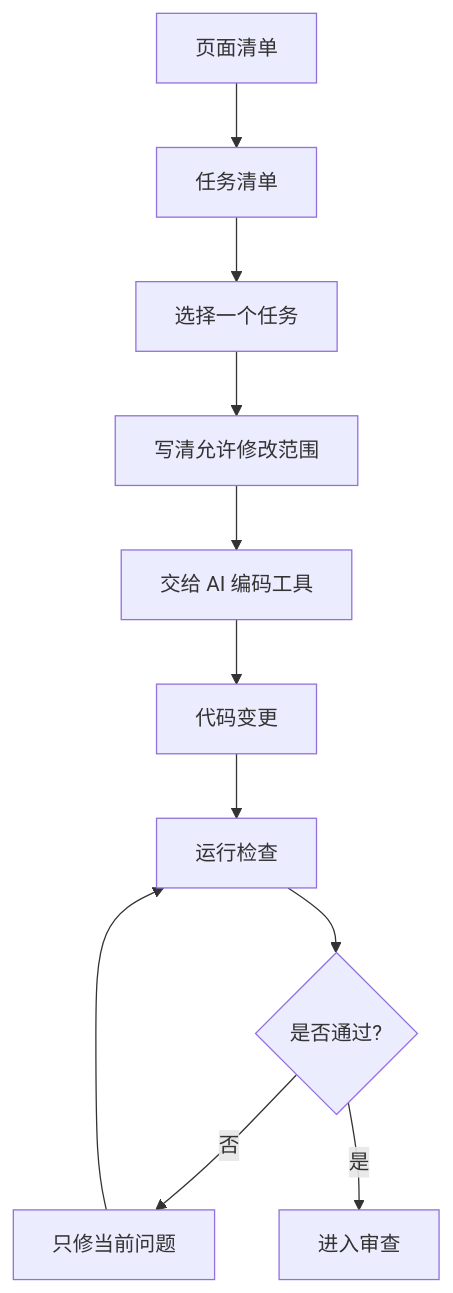
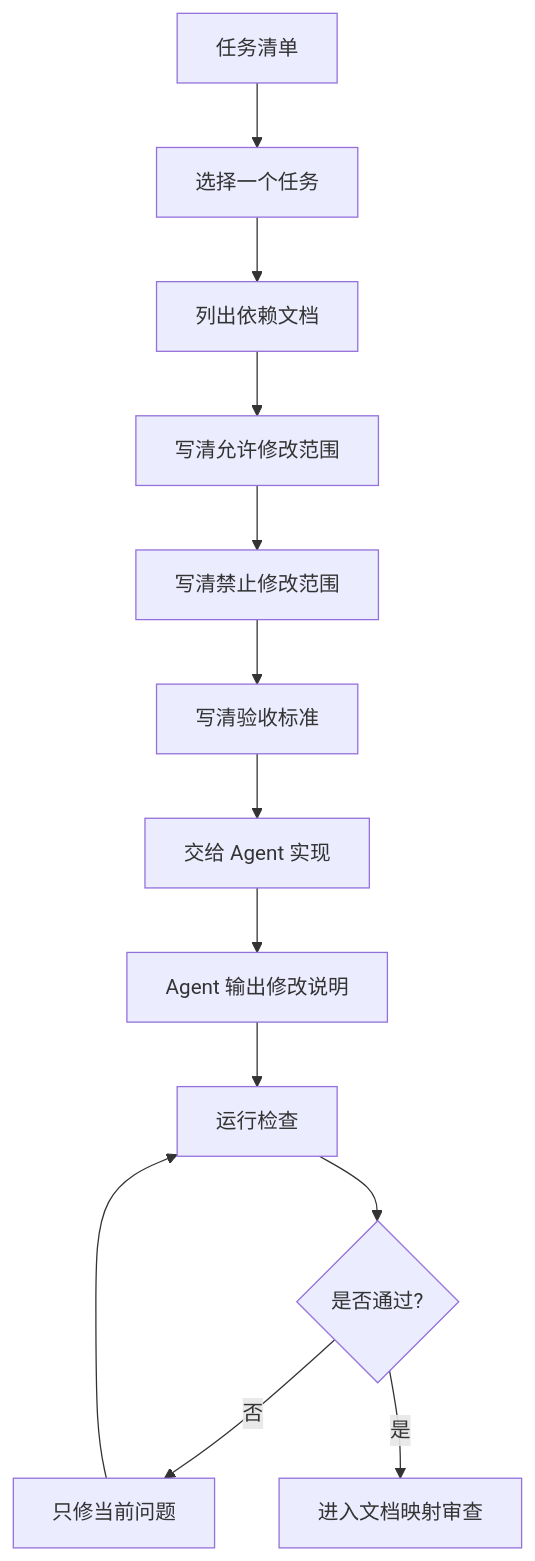
The diagram in docs/02_lessons/visual/lesson-05-visual-task-driven-coding.md (zhidao-studio/ai-product-engineering-in-action), drawn with Mermaid before and after one commit. The commit also changed other lines of this file, not shown here.

Commit message:
docs: realign visual lesson 5 with controlled agent implementation

````diff
--- a/docs/02_lessons/visual/lesson-05-visual-task-driven-coding.md
+++ b/docs/02_lessons/visual/lesson-05-visual-task-driven-coding.md
@@ -16,13 +24,15 @@
 ```mermaid
 flowchart TD
-    A[页面清单] --> B[任务清单]
-    B --> C[选择一个任务]
+    A[任务清单] --> B[选择一个任务]
+    B --> C[列出依赖文档]
     C --> D[写清允许修改范围]
-    D --> E[交给 AI 编码工具]
-    E --> F[代码变更]
-    F --> G[运行检查]
-    G --> H{是否通过?}
-    H -- 否 --> I[只修当前问题]
-    I --> G
-    H -- 是 --> J[进入审查]
+    D --> E[写清禁止修改范围]
+    E --> F[写清验收标准]
+    F --> G[交给 Agent 实现]
+    G --> H[Agent 输出修改说明]
+    H --> I[运行检查]
+    I --> J{是否通过?}
+    J -- 否 --> K[只修当前问题]
+    K --> I
+    J -- 是 --> L[进入文档映射审查]
 ```
````
